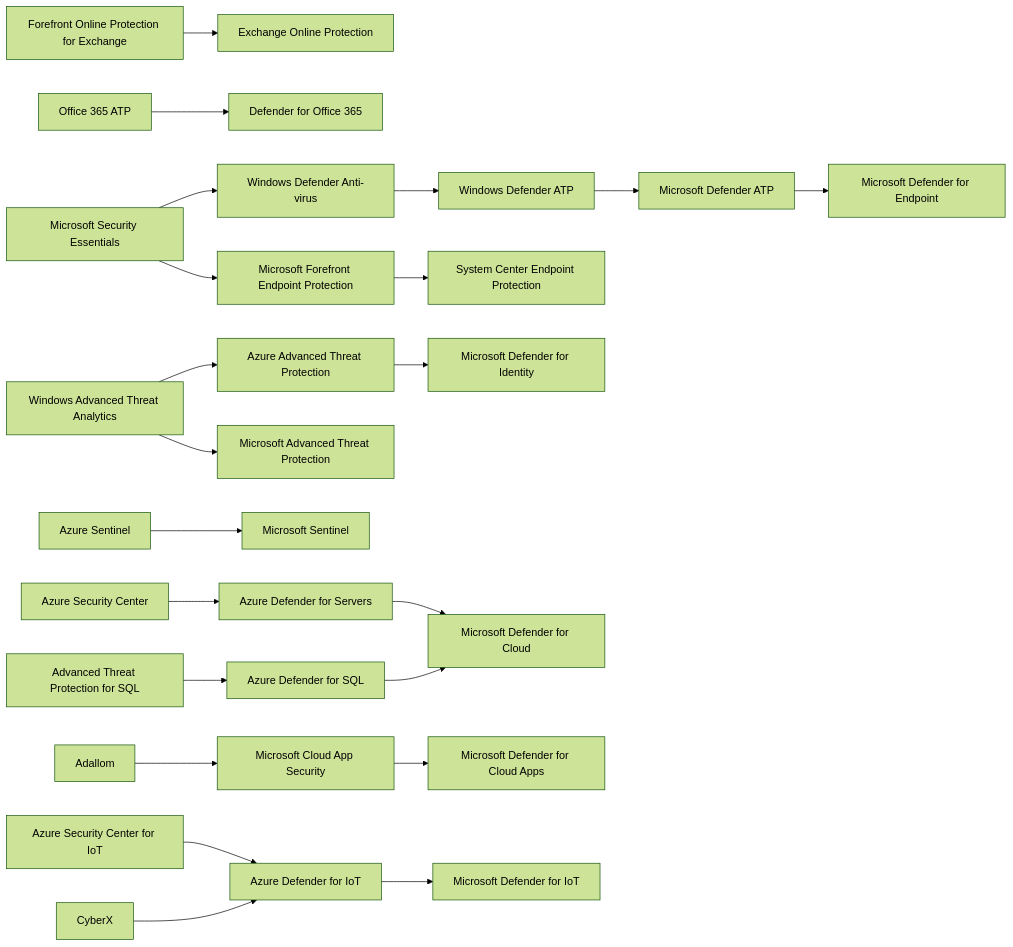
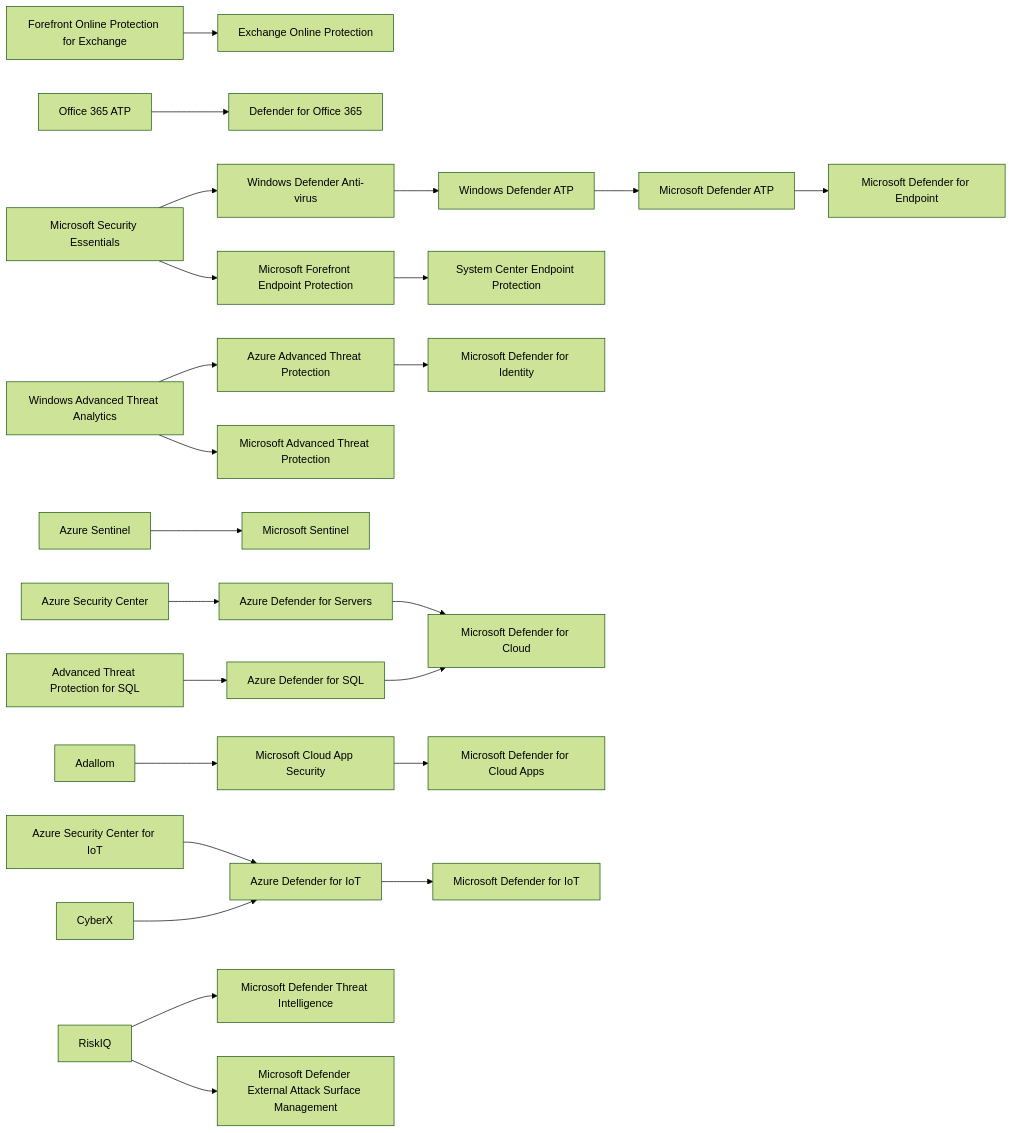
One commit to jlaundry/MicrosoftNaming changed the first of 5 diagrams in README.md. Above: the diagram before and after it, drawn with Mermaid (forest theme). The commit also changed other lines of this file, not shown here.

````diff
--- a/README.md
+++ b/README.md
@@ -12,23 +12,27 @@
 ```mermaid
 graph LR;
 
     FOPE[Forefront Online Protection for Exchange] --> EOP[Exchange Online Protection];
     O365ATP[Office 365 ATP] --> DfO365[Defender for Office 365];
     
     MSE[Microsoft Security Essentials] --> WDAV[Windows Defender Anti-virus] --> WDATP[Windows Defender ATP] --> MDATP[Microsoft Defender ATP] --> MDfE[Microsoft Defender for Endpoint];
     MSE --> MFEP[Microsoft Forefront Endpoint Protection] --> SCEP[System Center Endpoint Protection];
     WATA[Windows Advanced Threat Analytics] --> AATP[Azure Advanced Threat Protection] --> MDfI[Microsoft Defender for Identity];
     WATA --> MATP[Microsoft Advanced Threat Protection];
 
     ASentinel[Azure Sentinel] --> Sentinel[Microsoft Sentinel];
     
     ASC[Azure Security Center] --> ADfS[Azure Defender for Servers] --> MDfC[Microsoft Defender for Cloud];
     ATPfSQL[Advanced Threat Protection for SQL] --> ADfSQL[Azure Defender for SQL] --> MDfC;
     
     Adallom --> MCAS[Microsoft Cloud App Security];
     MCAS --> MDfCA[Microsoft Defender for Cloud Apps];
     
     ASCfIoT[Azure Security Center for IoT] --> ADfIoT[Azure Defender for IoT] --> MDfIoT[Microsoft Defender for IoT];
     CyberX --> ADfIoT
+    
+    RiskIQ --> MDTI[Microsoft Defender Threat Intelligence];
+    RiskIQ --> MDEASM[Microsoft Defender External Attack Surface Management];
+    
 
 ```
````
